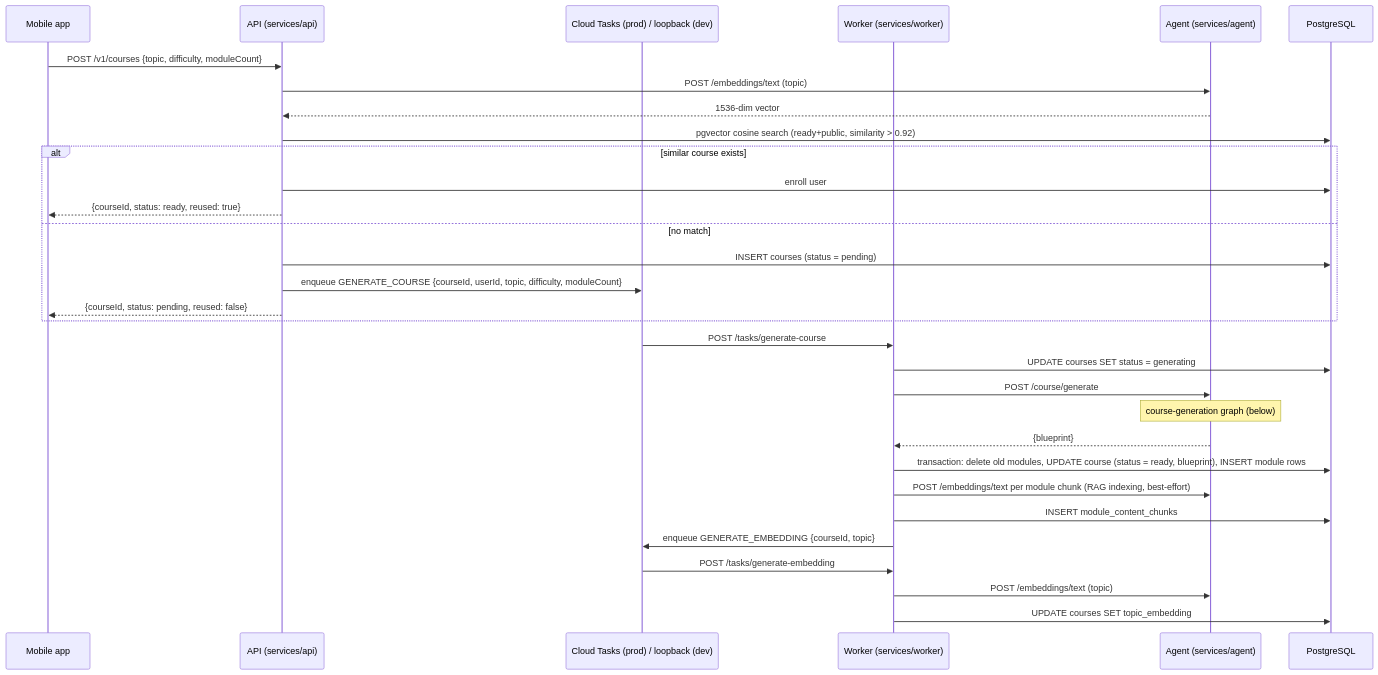
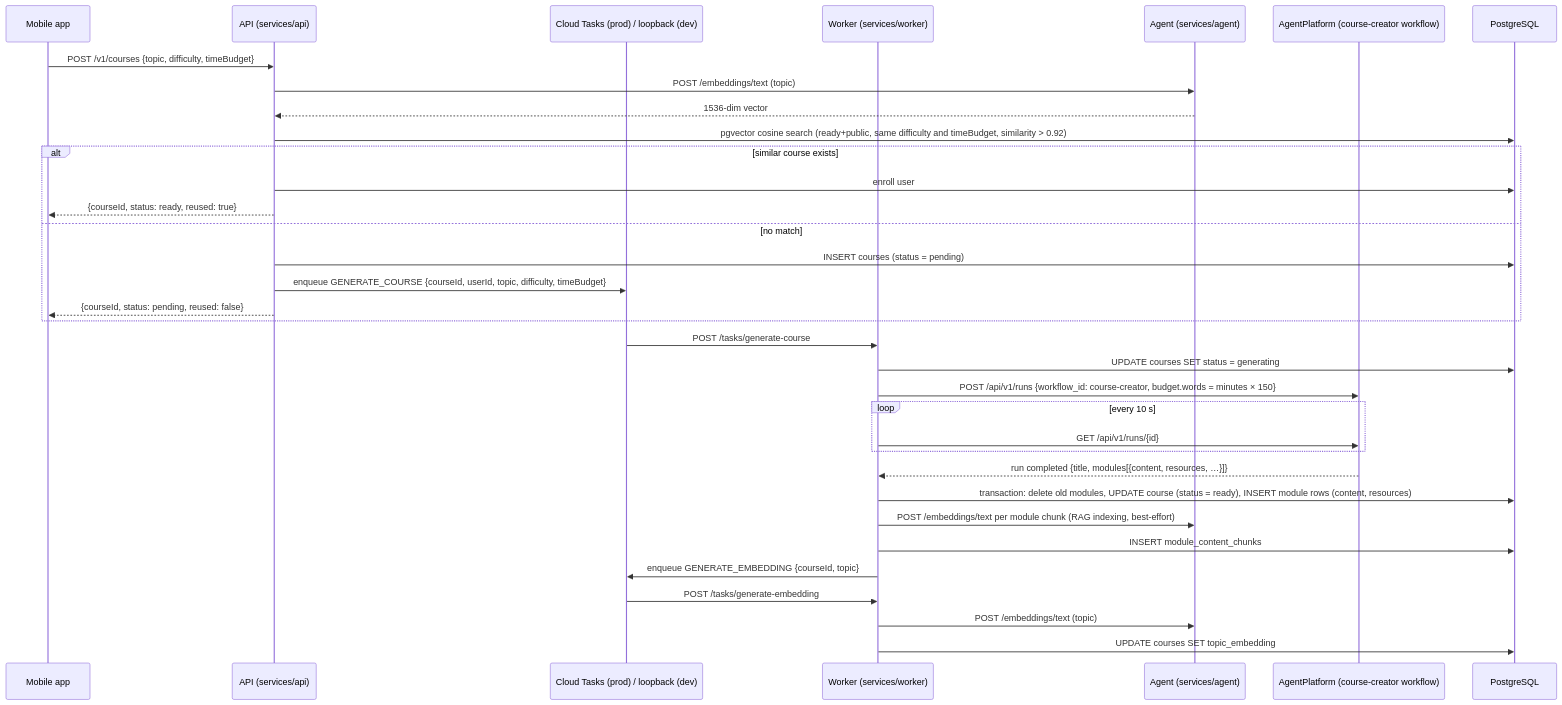
Before and after one commit to DavidRoyBlue/Autodidact: the first of 2 diagrams in docs/architecture/agent-graphs.md, drawn with Mermaid. The commit also changed other lines of this file and 101 other files, not shown here.

First line of the commit message:
Course generation runs on AgentPlatform's course-creator workflow (ADR-030) (#309)

````diff
--- a/docs/architecture/agent-graphs.md
+++ b/docs/architecture/agent-graphs.md
@@ -20,35 +19,38 @@
 ```mermaid
 sequenceDiagram
     participant M as Mobile app
     participant API as API (services/api)
     participant Q as Cloud Tasks (prod) / loopback (dev)
     participant W as Worker (services/worker)
     participant AG as Agent (services/agent)
+    participant AP as AgentPlatform (course-creator workflow)
     participant DB as PostgreSQL
 
-    M->>API: POST /v1/courses {topic, difficulty, moduleCount}
+    M->>API: POST /v1/courses {topic, difficulty, timeBudget}
     API->>AG: POST /embeddings/text (topic)
     AG-->>API: 1536-dim vector
-    API->>DB: pgvector cosine search (ready+public, similarity > 0.92)
+    API->>DB: pgvector cosine search (ready+public, same difficulty and timeBudget, similarity > 0.92)
     alt similar course exists
         API->>DB: enroll user
         API-->>M: {courseId, status: ready, reused: true}
     else no match
         API->>DB: INSERT courses (status = pending)
-        API->>Q: enqueue GENERATE_COURSE {courseId, userId, topic, difficulty, moduleCount}
+        API->>Q: enqueue GENERATE_COURSE {courseId, userId, topic, difficulty, timeBudget}
         API-->>M: {courseId, status: pending, reused: false}
     end
 
     Q->>W: POST /tasks/generate-course
     W->>DB: UPDATE courses SET status = generating
-    W->>AG: POST /course/generate
-    Note over AG: course-generation graph (below)
-    AG-->>W: {blueprint}
-    W->>DB: transaction: delete old modules, UPDATE course (status = ready, blueprint), INSERT module rows
+    W->>AP: POST /api/v1/runs {workflow_id: course-creator, budget.words = minutes × 150}
+    loop every 10 s
+        W->>AP: GET /api/v1/runs/{id}
+    end
+    AP-->>W: run completed {title, modules[{content, resources, …}]}
+    W->>DB: transaction: delete old modules, UPDATE course (status = ready), INSERT module rows (content, resources)
     W->>AG: POST /embeddings/text per module chunk (RAG indexing, best-effort)
     W->>DB: INSERT module_content_chunks
     W->>Q: enqueue GENERATE_EMBEDDING {courseId, topic}
     Q->>W: POST /tasks/generate-embedding
     W->>AG: POST /embeddings/text (topic)
     W->>DB: UPDATE courses SET topic_embedding
 ```
````
